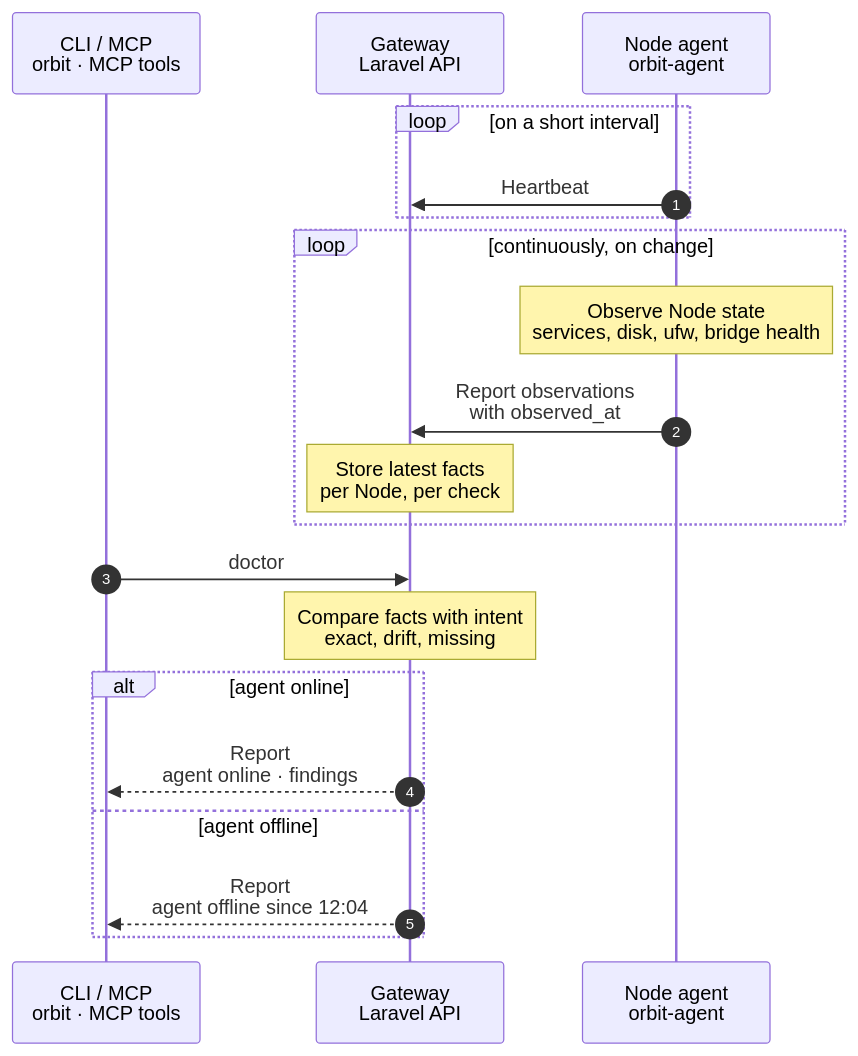
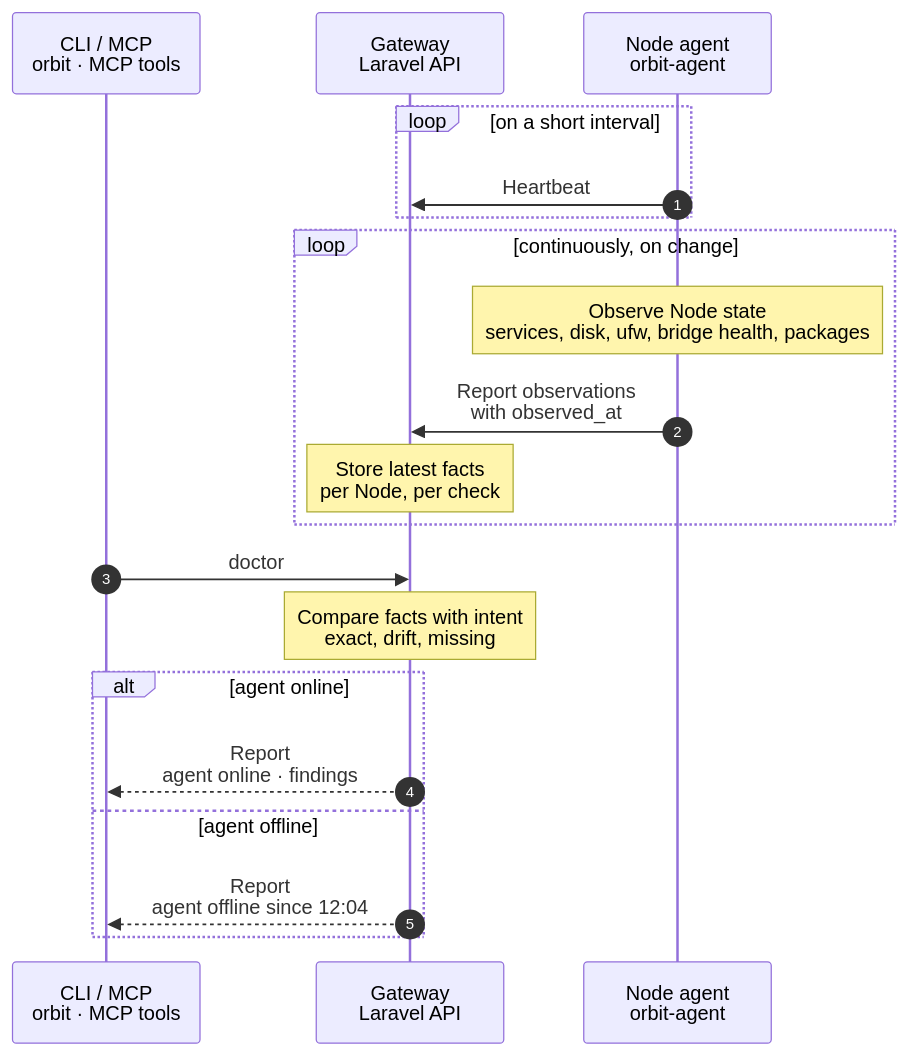
The diagram in docs/cli/doctor/doctor.mmd (hardimpactdev/orbit), drawn with Mermaid before and after one commit. The commit also changed 58 other files, not shown here.

```diff
--- a/docs/cli/doctor/doctor.mmd
+++ b/docs/cli/doctor/doctor.mmd
@@ -1,50 +1,51 @@
 sequenceDiagram
   %% Target design: Nick 2026-11-01, liveness 2026-11-02. Only the Node agent collects facts; doctor reads Gateway state. No Swamp run, no SSH (R1).
   %% status: reviewed
   %% command: doctor
   %% kind: doctor.inspect
   autonumber
   %% lane CLI icon=terminal pill=caller tone=gray
   %% lane GW icon=gateway pill=intent tone=blue
   %% lane A icon=server pill=observer tone=amber
   participant CLI as CLI / MCP<br/>orbit · MCP tools
   participant GW as Gateway<br/>Laravel API
   participant A as Node agent<br/>orbit-agent
   loop on a short interval
     A->>GW: Heartbeat
     %%> Result:
     %%> - the Gateway marks the Node online
     %%> - when heartbeats stop, it marks the Node offline, shown in the web dashboard and in node:list and node:show
   end
   loop continuously, on change
-    Note over A: Observe Node state<br/>services, disk, ufw, bridge health
+    Note over A: Observe Node state<br/>services, disk, ufw, bridge health, packages
     A->>GW: Report observations<br/>with observed_at
     %%> How:
-    %%> - at start, and again when a fact changed
+    %%> - at start, on change, and on recurring confirmation
     %%> - a report the Gateway does not accept is sent again after 1, 2 and 4 seconds, and then every 4 seconds until it is accepted
     %%> - the same holds for the request that asks what to watch
     %%> Decided by the orchestrator, for Nick's review (2026-11-06, research thread b8654275):
     %%> - a Node that boots before the Gateway answers reported only at its next read, up to a minute later; with a prompt report Doctor was healthy 15.8 s after boot
     Note over GW: Store latest facts<br/>per Node, per check
   end
   CLI->>GW: doctor
   %%> Command:
   %%> - `orbit doctor`
   %%> - syntax: `doctor [--node=ID] [--family=FAMILY] [--json]`
   %%> Input:
   %%> - without filters, checks all accessible registered Nodes and all families
   Note over GW: Compare facts with intent<br/>exact, drift, missing
   %%> Doctor always answers from the Gateway's state:
   %%> - it never starts a run and never SSHes into the Node
+  %%> - compare each managed package with its active Tool coordinate or constraint; stale or missing inventory is unverifiable
   alt agent online
     GW-->>CLI: Report<br/>agent online · findings
     %%> Result:
     %%> - first line: agent online
     %%> - then the findings; exit 0 with no drift, 1 with drift
   else agent offline
     GW-->>CLI: Report<br/>agent offline since 12:04
     %%> Result:
     %%> - first line: agent offline since <time>
     %%> - the findings still show, each marked "possibly outdated, agent silent since <time>"
     %%> - a nudge to look at the Node agent first
   end
```
